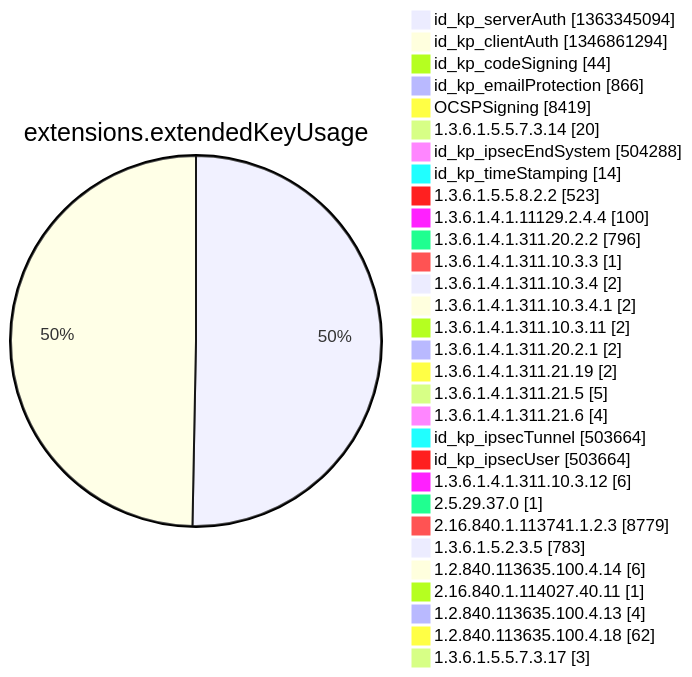
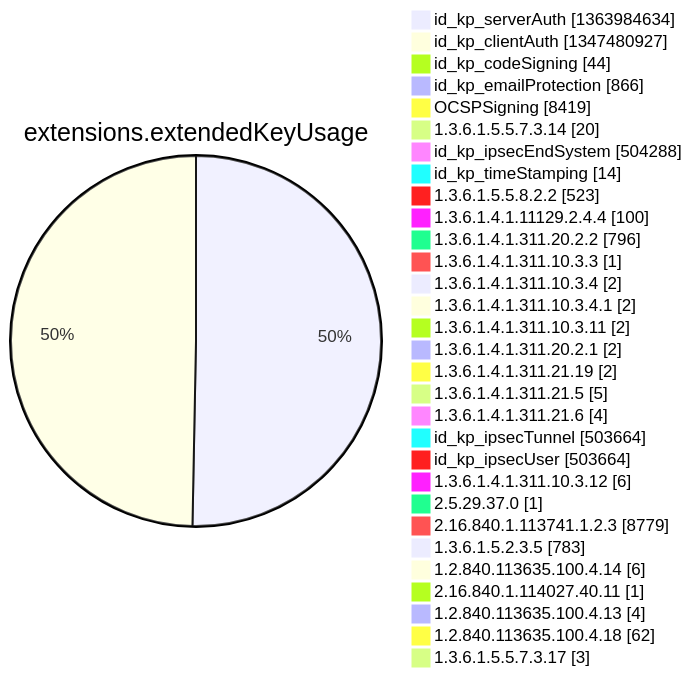
Diagram 12 of 15 in argon2022/README.md (christiankrug/ctmonitor_visualization), drawn with Mermaid before and after one commit. The commit also changed other lines of this file, not shown here.

````diff
--- a/argon2022/README.md
+++ b/argon2022/README.md
@@ -3553,34 +3553,34 @@
 ```mermaid
 pie showData
 title extensions.extendedKeyUsage
-"id_kp_serverAuth" :1363345094
-"id_kp_clientAuth" :1346861294
+"id_kp_serverAuth" :1363984634
+"id_kp_clientAuth" :1347480927
 "id_kp_codeSigning" :44
 "id_kp_emailProtection" :866
 "OCSPSigning" :8419
 "1.3.6.1.5.5.7.3.14" :20
 "id_kp_ipsecEndSystem" :504288
 "id_kp_timeStamping" :14
 "1.3.6.1.5.5.8.2.2" :523
 "1.3.6.1.4.1.11129.2.4.4" :100
 "1.3.6.1.4.1.311.20.2.2" :796
 "1.3.6.1.4.1.311.10.3.3" :1
 "1.3.6.1.4.1.311.10.3.4" :2
 "1.3.6.1.4.1.311.10.3.4.1" :2
 "1.3.6.1.4.1.311.10.3.11" :2
 "1.3.6.1.4.1.311.20.2.1" :2
 "1.3.6.1.4.1.311.21.19" :2
 "1.3.6.1.4.1.311.21.5" :5
 "1.3.6.1.4.1.311.21.6" :4
 "id_kp_ipsecTunnel" :503664
 "id_kp_ipsecUser" :503664
 "1.3.6.1.4.1.311.10.3.12" :6
 "2.5.29.37.0" :1
 "2.16.840.1.113741.1.2.3" :8779
 "1.3.6.1.5.2.3.5" :783
 "1.2.840.113635.100.4.14" :6
 "2.16.840.1.114027.40.11" :1
 "1.2.840.113635.100.4.13" :4
 "1.2.840.113635.100.4.18" :62
 "1.3.6.1.5.5.7.3.17" :3
 ```
````
